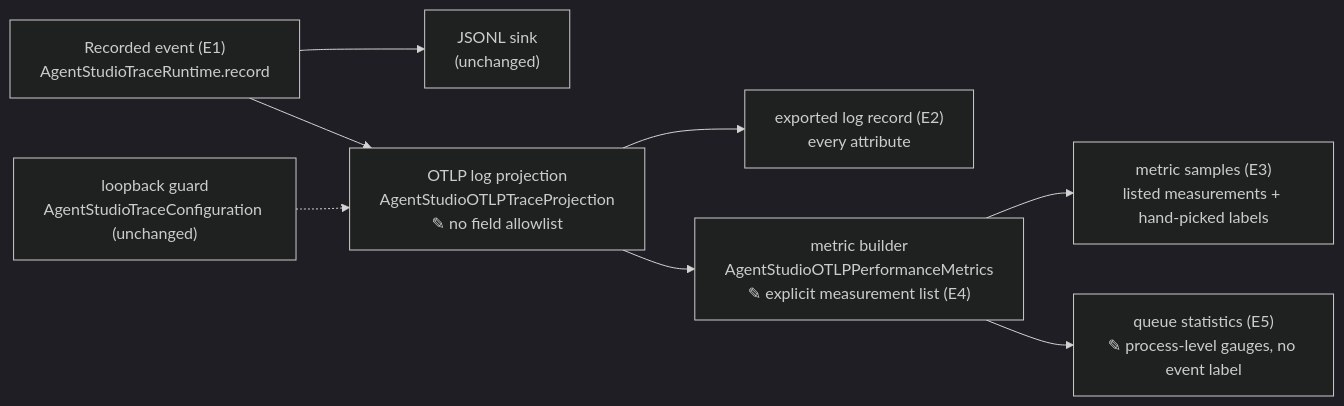
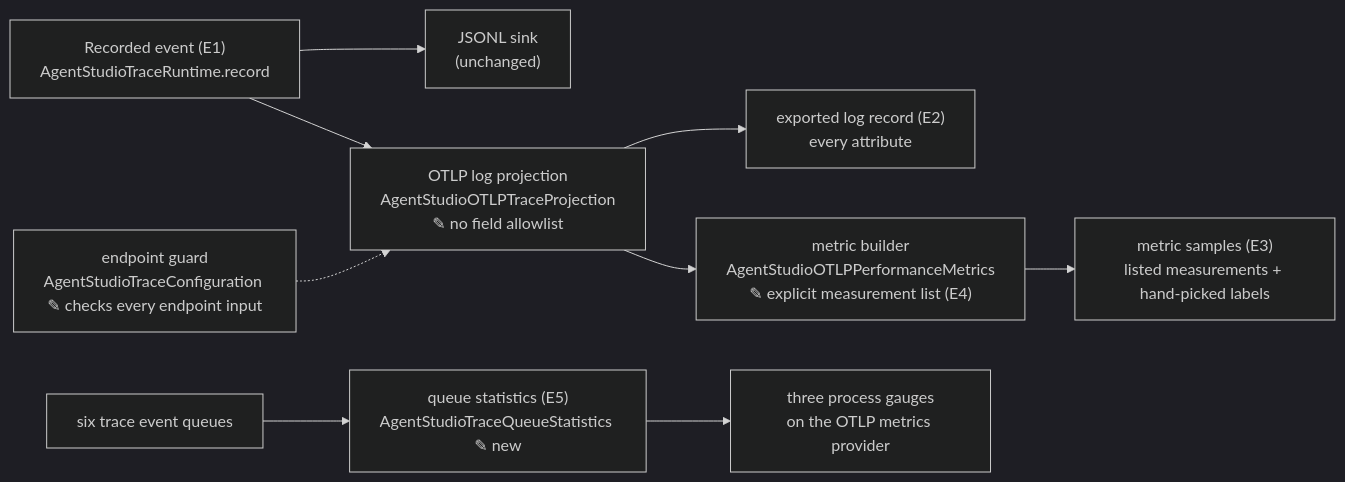
Before and after one commit to getagentstudio/agentstudio: the first of 2 diagrams in docs/specs/2026-10-12-otlp-export-without-field-allowlist/2026-10-12-otlp-export-without-field-allowlist-program-design.md, drawn with Mermaid (dark theme). The commit also changed other lines of this file and 1 other file, not shown here.

````diff
--- a/docs/specs/2026-10-12-otlp-export-without-field-allowlist/2026-10-12-otlp-export-without-field-allowlist-program-design.md
+++ b/docs/specs/2026-10-12-otlp-export-without-field-allowlist/2026-10-12-otlp-export-without-field-allowlist-program-design.md
@@ -14,10 +14,11 @@
 ```mermaid
 flowchart LR
   R["Recorded event (E1)<br/>AgentStudioTraceRuntime.record"] --> J["JSONL sink<br/>(unchanged)"]
   R --> P["OTLP log projection<br/>AgentStudioOTLPTraceProjection<br/>✎ no field allowlist"]
   P --> L["exported log record (E2)<br/>every attribute"]
   P --> M["metric builder<br/>AgentStudioOTLPPerformanceMetrics<br/>✎ explicit measurement list (E4)"]
   M --> S["metric samples (E3)<br/>listed measurements + hand-picked labels"]
-  M --> Q["queue statistics (E5)<br/>✎ process-level gauges, no event label"]
-  C["loopback guard<br/>AgentStudioTraceConfiguration (unchanged)"] -.-> P
+  Qs["six trace event queues"] --> Q["queue statistics (E5)<br/>AgentStudioTraceQueueStatistics ✎ new"]
+  Q --> G["three process gauges<br/>on the OTLP metrics provider"]
+  C["endpoint guard<br/>AgentStudioTraceConfiguration ✎ checks every endpoint input"] -.-> P
 ```
````
